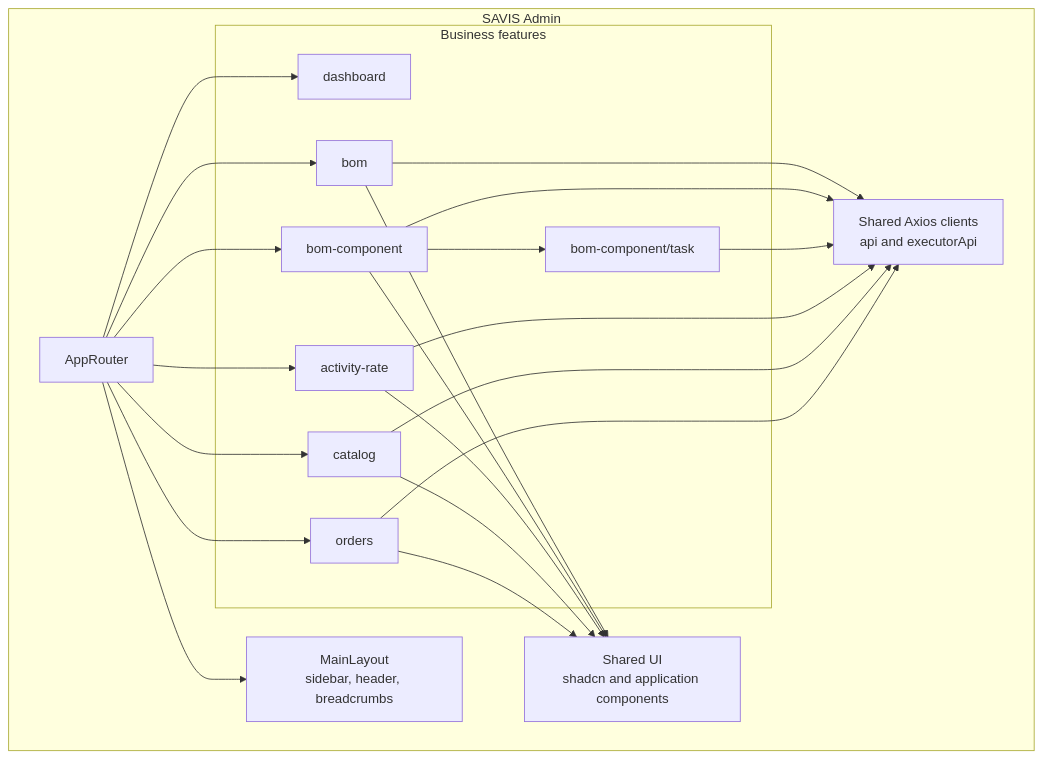
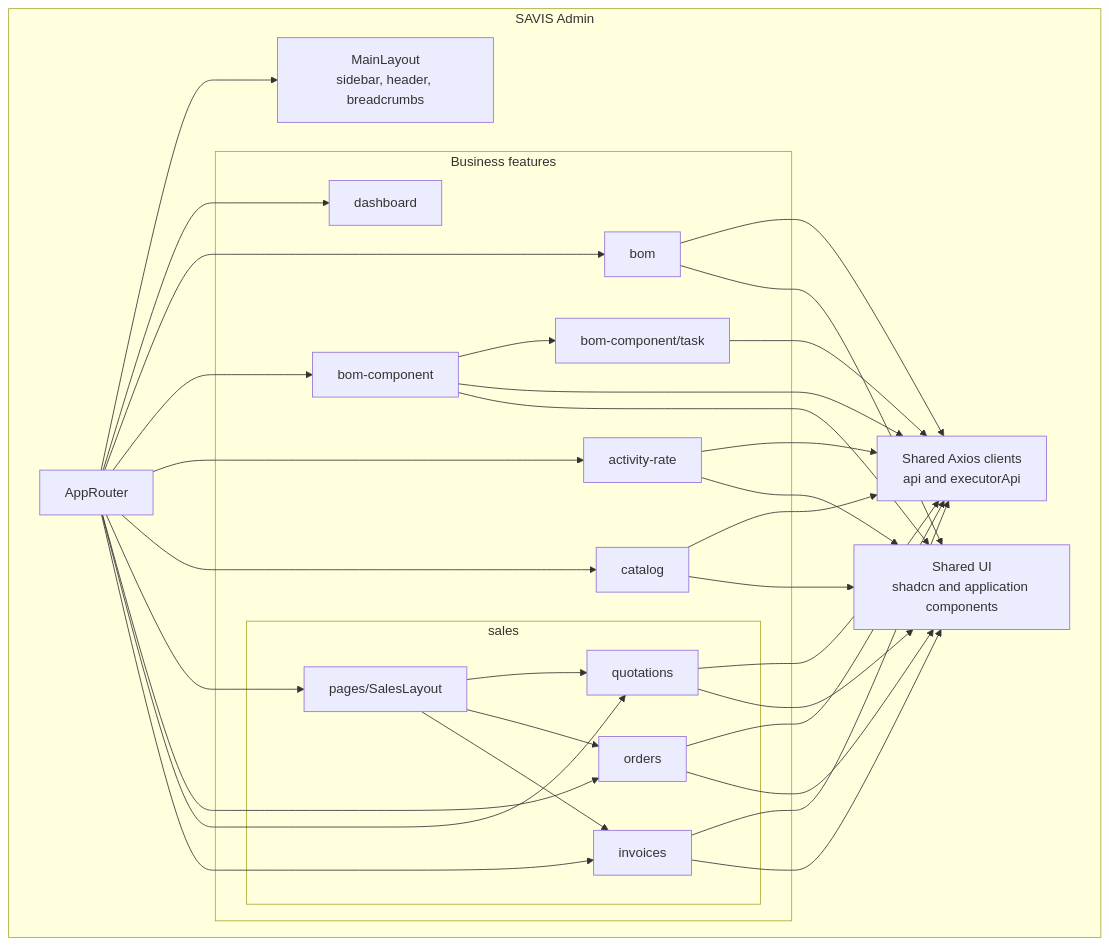
One commit to wiljeanlouis/savis changed the sixth of 19 diagrams in docs/ARCHITECTURE.md. Above: the diagram before and after it, drawn with Mermaid. The commit also changed other lines of this file and 332 other files, not shown here.

````diff
--- a/docs/ARCHITECTURE.md
+++ b/docs/ARCHITECTURE.md
@@ -453,41 +478,56 @@
 ```mermaid
 flowchart TB
   subgraph Admin["SAVIS Admin"]
     Router["AppRouter"]
     Layout["MainLayout<br/>sidebar, header, breadcrumbs"]
     ApiClients["Shared Axios clients<br/>api and executorApi"]
     SharedUi["Shared UI<br/>shadcn and application components"]
 
     subgraph Features["Business features"]
       Dashboard["dashboard"]
       Bom["bom"]
       Components["bom-component"]
       Tasks["bom-component/task"]
       Rates["activity-rate"]
       Catalog["catalog"]
-      Orders["orders"]
+      subgraph SalesFeatures["sales"]
+        SalesLayout["pages/SalesLayout"]
+        Quotations["quotations"]
+        Orders["orders"]
+        Invoices["invoices"]
+      end
     end
   end
 
   Router --> Layout
   Router --> Dashboard
   Router --> Bom
   Router --> Components
   Components --> Tasks
   Router --> Rates
   Router --> Catalog
+  Router --> SalesLayout
+  SalesLayout --> Quotations
+  SalesLayout --> Orders
+  SalesLayout --> Invoices
   Router --> Orders
+  Router --> Quotations
+  Router --> Invoices
 
   Bom --> ApiClients
   Components --> ApiClients
   Tasks --> ApiClients
   Rates --> ApiClients
   Catalog --> ApiClients
   Orders --> ApiClients
+  Quotations --> ApiClients
+  Invoices --> ApiClients
 
   Bom --> SharedUi
   Components --> SharedUi
   Rates --> SharedUi
   Catalog --> SharedUi
   Orders --> SharedUi
+  Quotations --> SharedUi
+  Invoices --> SharedUi
 ```
````
